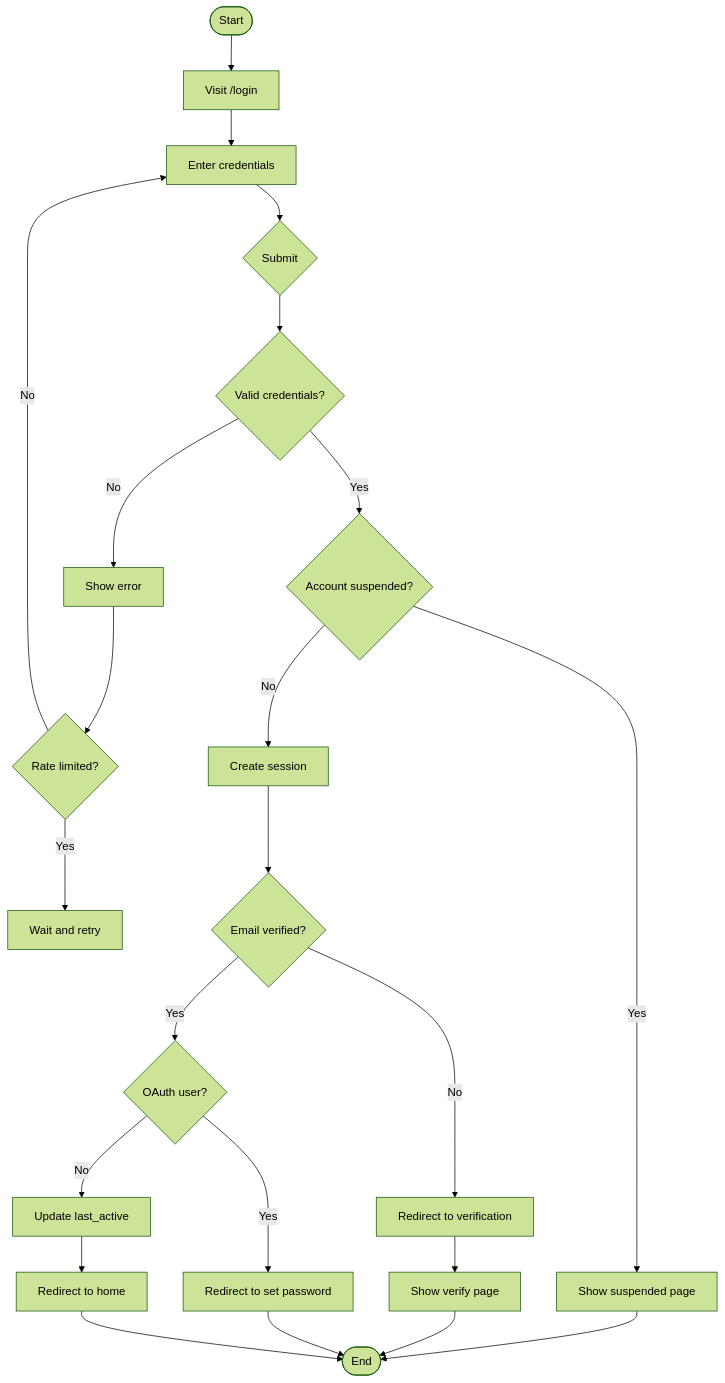
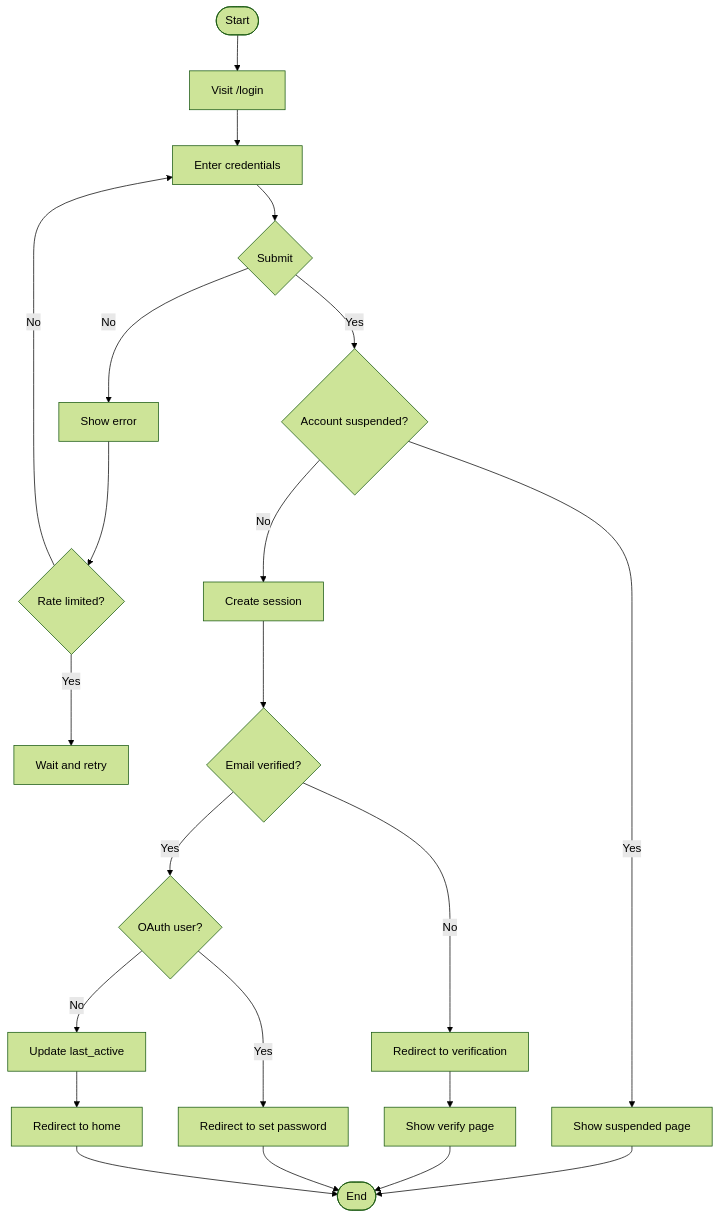
Diagram 13 of 29 in UML.md (vd120/laravel_project), drawn with Mermaid (forest theme) before and after one commit. The commit also changed other lines of this file, not shown here.

````diff
--- a/UML.md
+++ b/UML.md
@@ -905,31 +905,24 @@
 ```mermaid
 flowchart TD
-    Start([Start]) --> VisitLogin[Visit /login]
-    VisitLogin --> EnterCreds[Enter credentials]
-    EnterCreds --> Submit{Submit}
-
-    Submit --> Validate{Valid credentials?}
-    Validate -->|No| ShowError[Show error]
-    ShowError --> RateLimit{Rate limited?}
-    RateLimit -->|Yes| Wait[Wait and retry]
-    RateLimit -->|No| EnterCreds
-
-    Validate -->|Yes| CheckSuspended{Account suspended?}
-    CheckSuspended -->|Yes| ShowSuspended[Show suspended page]
-    ShowSuspended --> End([End])
-
-    CheckSuspended -->|No| CreateSession[Create session]
-    CreateSession --> CheckVerified{Email verified?}
-
-    CheckVerified -->|No| RedirectVerify[Redirect to verification]
-    RedirectVerify --> ShowVerify[Show verify page]
-    ShowVerify --> End
-
-    CheckVerified -->|Yes| CheckOAuth{OAuth user?}
-    CheckOAuth -->|Yes| RedirectSetPwd[Redirect to set password]
-    RedirectSetPwd --> End
-
-    CheckOAuth -->|No| UpdateActive[Update last_active]
-    UpdateActive --> RedirectHome[Redirect to home]
-    RedirectHome --> End
+    A([Start]) --> B[Visit /login]
+    B --> C[Enter credentials]
+    C --> D{Submit}
+    D -->|No| E[Show error]
+    E --> F{Rate limited?}
+    F -->|Yes| G[Wait and retry]
+    F -->|No| C
+    D -->|Yes| H{Account suspended?}
+    H -->|Yes| I[Show suspended page]
+    I --> J([End])
+    H -->|No| K[Create session]
+    K --> L{Email verified?}
+    L -->|No| M[Redirect to verification]
+    M --> N[Show verify page]
+    N --> J
+    L -->|Yes| O{OAuth user?}
+    O -->|Yes| P[Redirect to set password]
+    P --> J
+    O -->|No| Q[Update last_active]
+    Q --> R[Redirect to home]
+    R --> J
 ```
````
